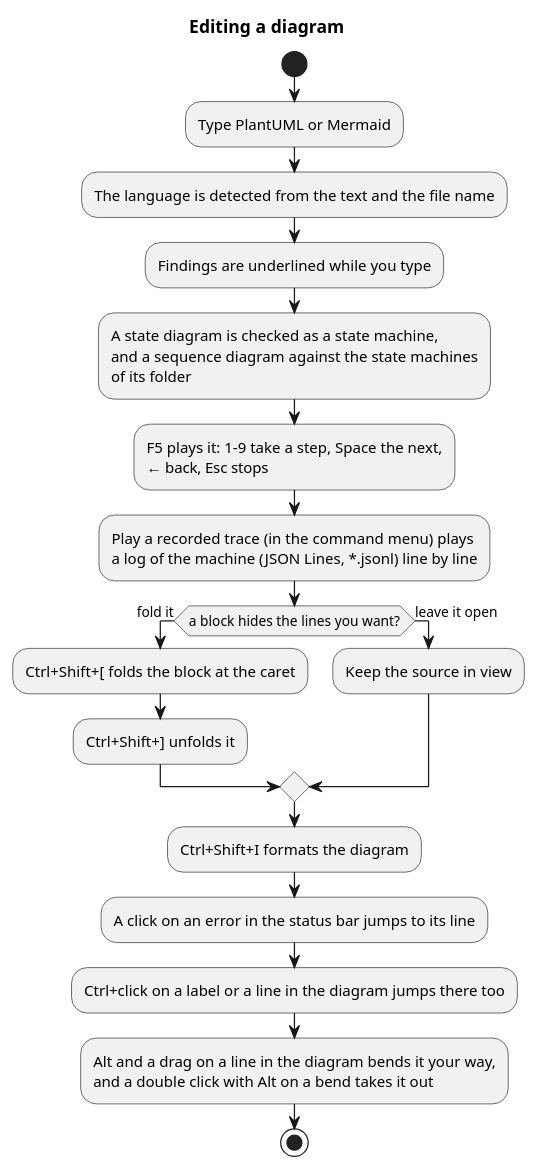
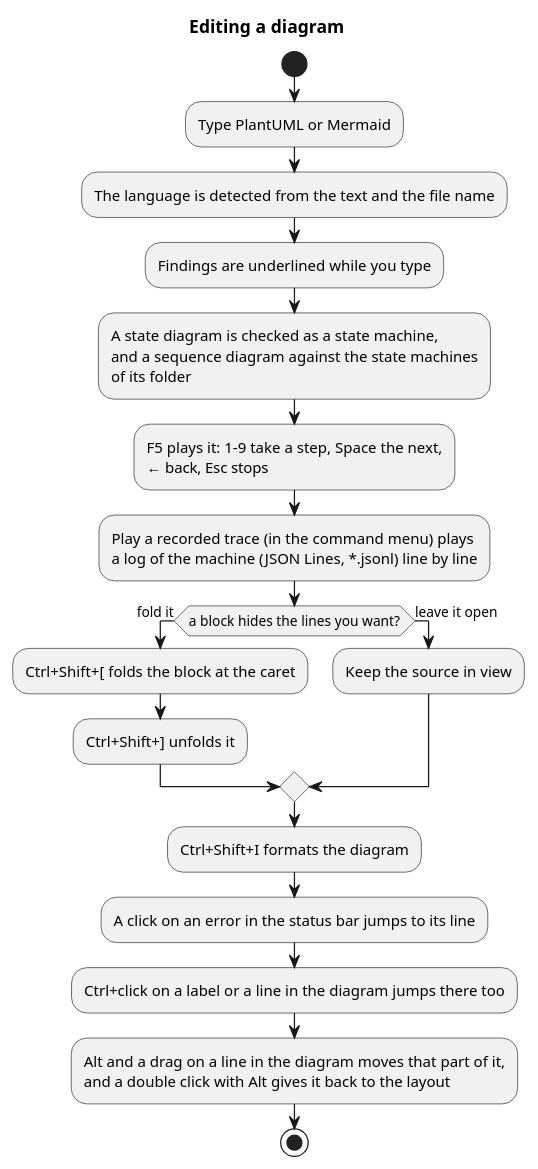
Before and after one commit to enhapu-afk/omaspec: the diagram in examples/Help Omaspec/editing.puml, drawn with PlantUML. The commit also changed 20 other files, not shown here.

```diff
--- a/examples/Help Omaspec/editing.puml
+++ b/examples/Help Omaspec/editing.puml
@@ -1,26 +1,26 @@
 @startuml
 title Editing a diagram
 start
 :Type PlantUML or Mermaid;
 :The language is detected from the text and the file name;
 :Findings are underlined while you type;
 :A state diagram is checked as a state machine,
 and a sequence diagram against the state machines
 of its folder;
 :F5 plays it: 1–9 take a step, Space the next,
 ← back, Esc stops;
 :Play a recorded trace (in the command menu) plays
 a log of the machine (JSON Lines, *.jsonl) line by line;
 if (a block hides the lines you want?) then (fold it)
   :Ctrl+Shift+[ folds the block at the caret;
   :Ctrl+Shift+] unfolds it;
 else (leave it open)
   :Keep the source in view;
 endif
 :Ctrl+Shift+I formats the diagram;
 :A click on an error in the status bar jumps to its line;
 :Ctrl+click on a label or a line in the diagram jumps there too;
-:Alt and a drag on a line in the diagram bends it your way,
-and a double click with Alt on a bend takes it out;
+:Alt and a drag on a line in the diagram moves that part of it,
+and a double click with Alt gives it back to the layout;
 stop
 @enduml
```
